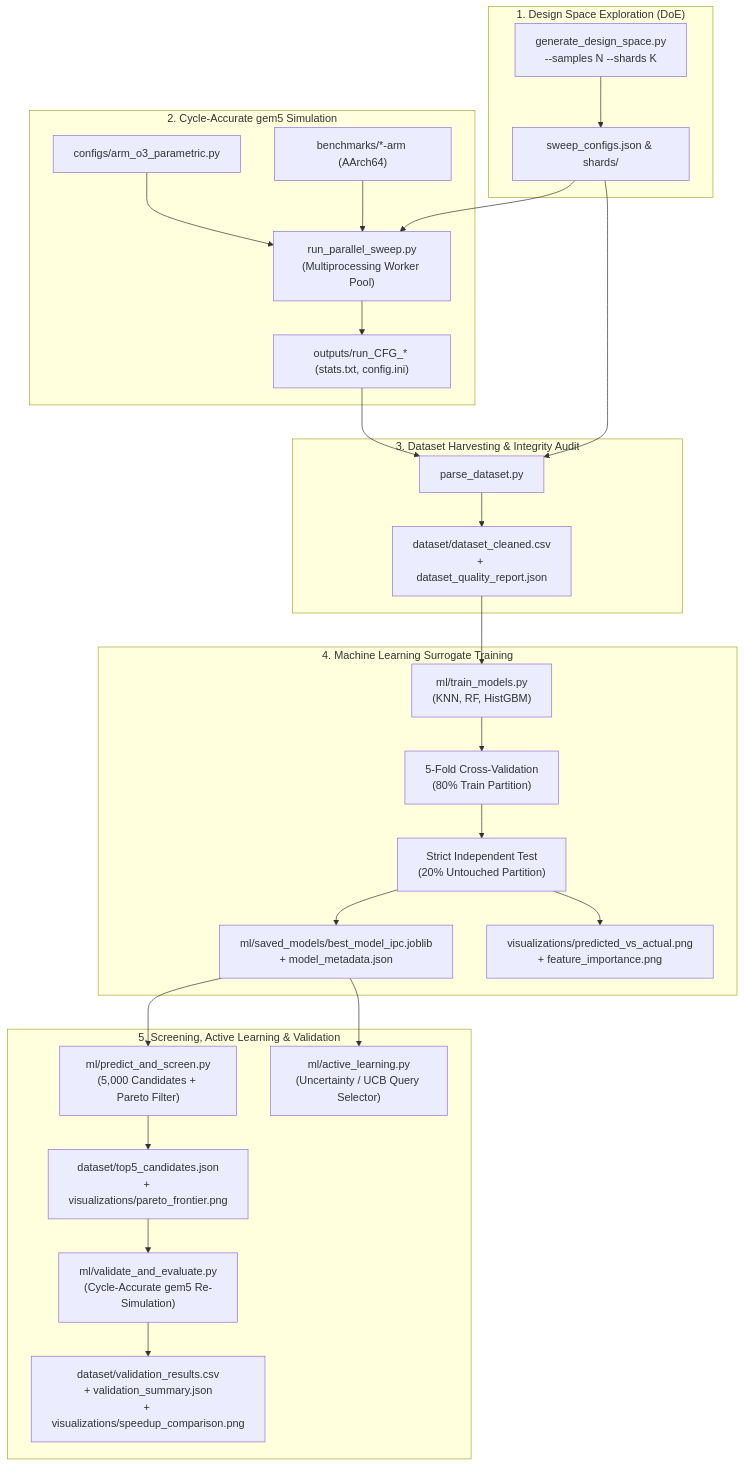
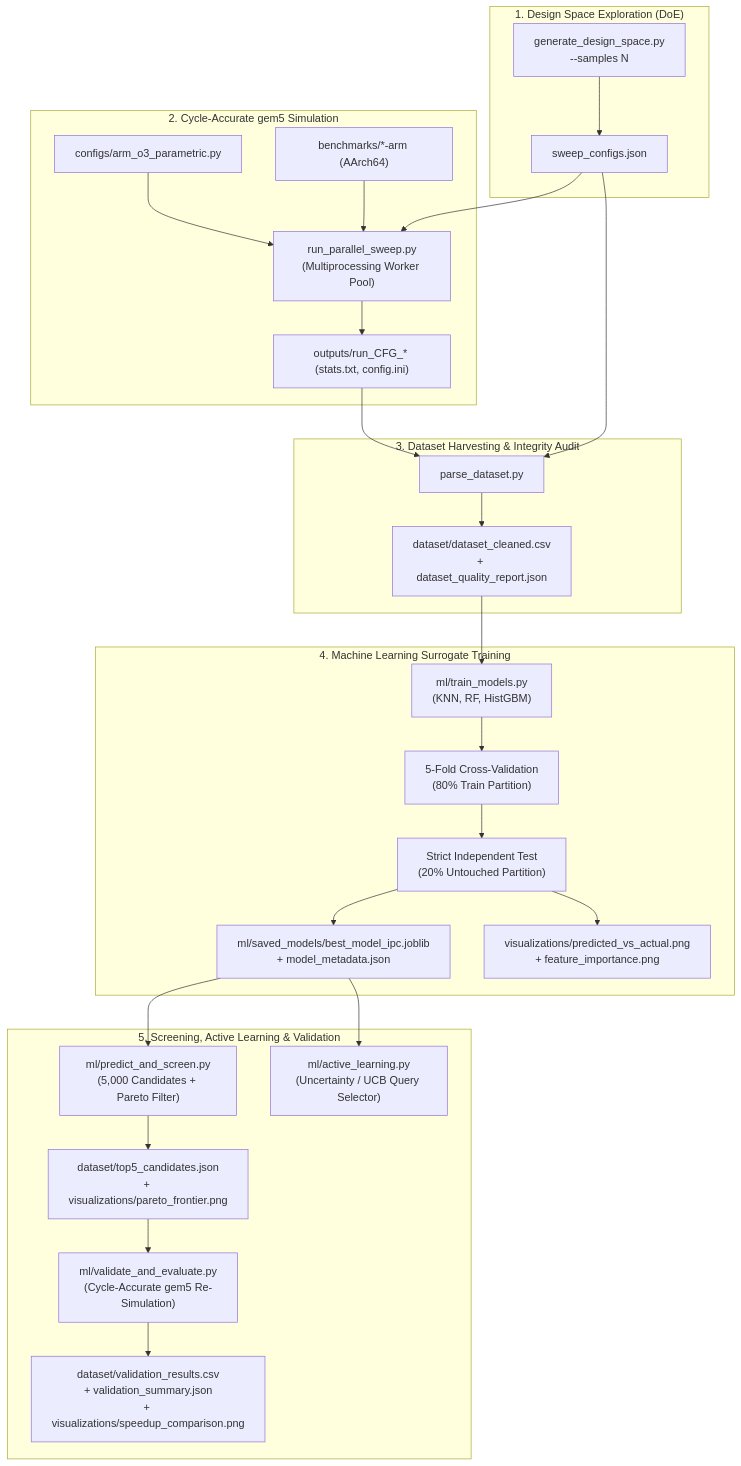
The diagram in documentations/PROJECT_OVERVIEW.md (Ashrit-Raghupatruni/gem5-ml-perf-prediction), drawn with Mermaid before and after one commit. The commit also changed other lines of this file and 33 other files, not shown here.

````diff
--- a/documentations/PROJECT_OVERVIEW.md
+++ b/documentations/PROJECT_OVERVIEW.md
@@ -136,35 +132,35 @@
 ```mermaid
 flowchart TD
     subgraph Phase1["1. Design Space Exploration (DoE)"]
-        A["generate_design_space.py<br/>--samples N --shards K"] --> B["sweep_configs.json & shards/"]
+        A["generate_design_space.py<br/>--samples N"] --> B["sweep_configs.json"]
     end
 
     subgraph Phase2["2. Cycle-Accurate gem5 Simulation"]
         B --> C["run_parallel_sweep.py<br/>(Multiprocessing Worker Pool)"]
         D["configs/arm_o3_parametric.py"] --> C
         E["benchmarks/*-arm (AArch64)"] --> C
         C --> F["outputs/run_CFG_* (stats.txt, config.ini)"]
     end
 
     subgraph Phase3["3. Dataset Harvesting & Integrity Audit"]
         F --> G["parse_dataset.py"]
         B --> G
         G --> H["dataset/dataset_cleaned.csv<br/>+ dataset_quality_report.json"]
     end
 
     subgraph Phase4["4. Machine Learning Surrogate Training"]
         H --> I["ml/train_models.py<br/>(KNN, RF, HistGBM)"]
         I --> J["5-Fold Cross-Validation<br/>(80% Train Partition)"]
         J --> K["Strict Independent Test<br/>(20% Untouched Partition)"]
         K --> L["ml/saved_models/best_model_ipc.joblib<br/>+ model_metadata.json"]
         K --> M["visualizations/predicted_vs_actual.png<br/>+ feature_importance.png"]
     end
 
     subgraph Phase5["5. Screening, Active Learning & Validation"]
         L --> N["ml/predict_and_screen.py<br/>(5,000 Candidates + Pareto Filter)"]
         N --> O["dataset/top5_candidates.json<br/>+ visualizations/pareto_frontier.png"]
         L --> P["ml/active_learning.py<br/>(Uncertainty / UCB Query Selector)"]
         O --> Q["ml/validate_and_evaluate.py<br/>(Cycle-Accurate gem5 Re-Simulation)"]
         Q --> R["dataset/validation_results.csv<br/>+ validation_summary.json<br/>+ visualizations/speedup_comparison.png"]
     end
 ```
````
